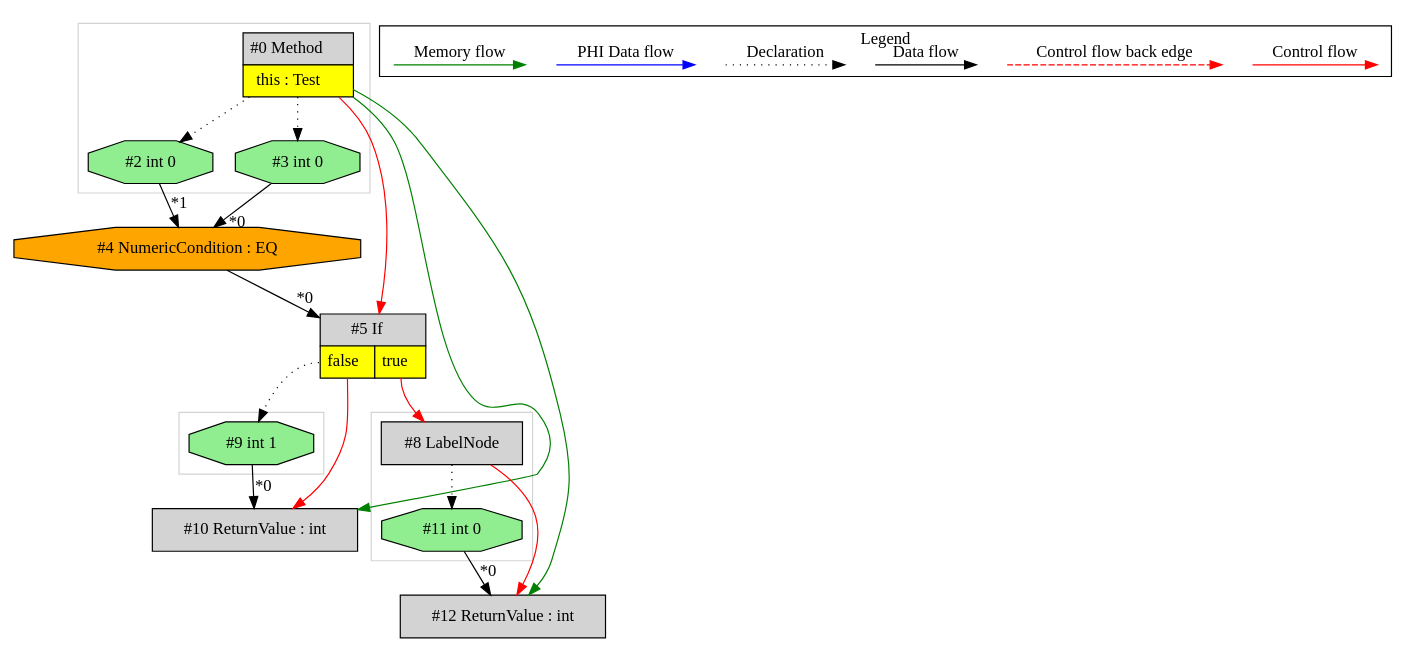
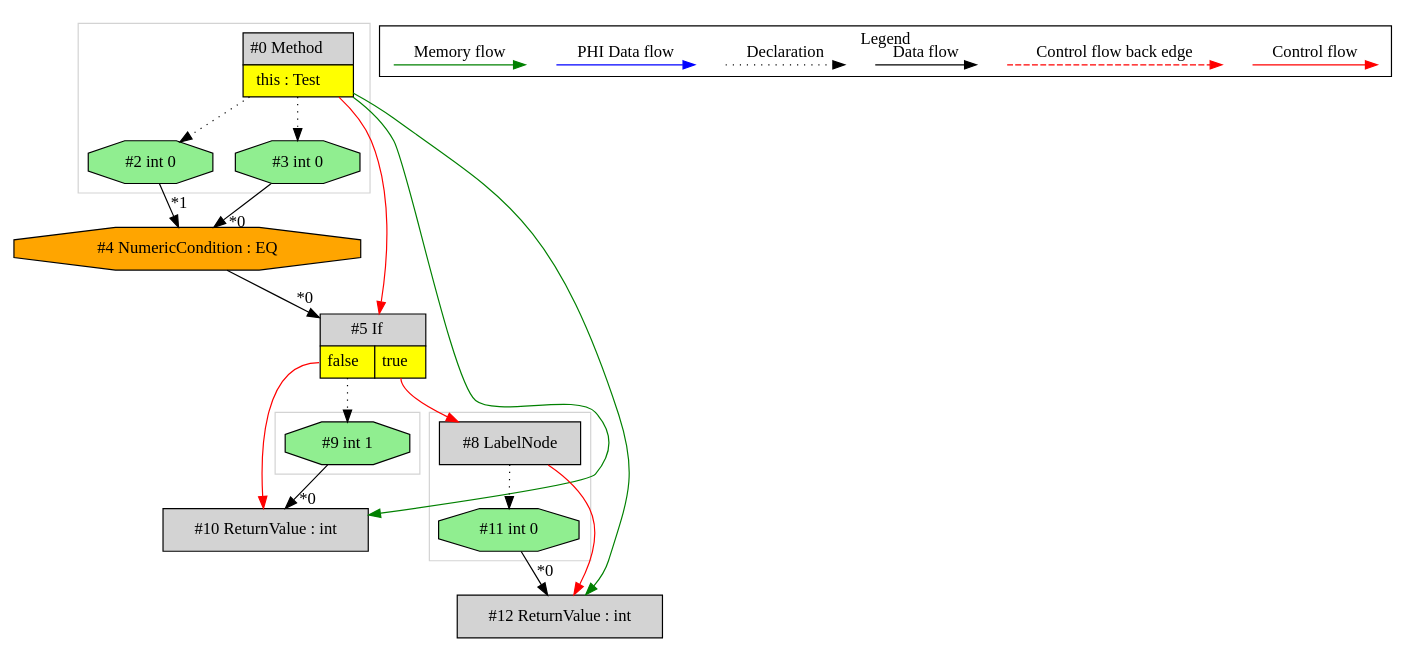
Before and after one commit to mirkosertic/MetaIR: the diagram in de.mirkosertic.metair.ir.OpcodeIFICMPEQTest/test_IF_ICMPEQ/ir.dot, drawn with Graphviz. The commit also changed other lines of this file and 1202 other files, not shown here.

```diff
--- a/de.mirkosertic.metair.ir.OpcodeIFICMPEQTest/test_IF_ICMPEQ/ir.dot
+++ b/de.mirkosertic.metair.ir.OpcodeIFICMPEQTest/test_IF_ICMPEQ/ir.dot
@@ -1,69 +1,69 @@
 digraph {
  ordering="in";
  node0[margin="0", label=<<table border="0" cellborder="1" cellspacing="0" cellpadding="5"><tr><td colspan="1">#0 Method</td></tr><tr><td port="prj1" bgcolor="yellow">this : Test</td></tr></table>>,shape=none, fillcolor=lightgrey, style=filled];
  node3[label="#3 int 0",shape=octagon, fillcolor=lightgreen, style=filled];
  node0 -> node3[style=dotted];
  node4[label="#4 NumericCondition : EQ",shape=octagon, fillcolor=orange, style=filled];
  node3 -> node4[headlabel="*0", labeldistance=2];
  node2 -> node4[headlabel="*1", labeldistance=2];
  node2[label="#2 int 0",shape=octagon, fillcolor=lightgreen, style=filled];
  node0 -> node2[style=dotted];
  node5[margin="0", label=<<table border="0" cellborder="1" cellspacing="0" cellpadding="5"><tr><td colspan="2">#5 If</td></tr><tr><td port="prj7" bgcolor="yellow">false</td><td port="prj6" bgcolor="yellow">true</td></tr></table>>,shape=none, fillcolor=lightgrey, style=filled];
  node4 -> node5[headlabel="*0", labeldistance=2];
  node0 -> node5[labeldistance=2, color=red, fontcolor=red];
+ node9[label="#9 int 1",shape=octagon, fillcolor=lightgreen, style=filled];
+ node5:prj7 -> node9[style=dotted];
  node10[label="#10 ReturnValue : int",shape=box, fillcolor=lightgrey, style=filled];
  node9 -> node10[headlabel="*0", labeldistance=2];
  node5:prj7 -> node10[labeldistance=2, color=red, fontcolor=red];
  node0 -> node10[labeldistance=2, color=green, constraint=false];
- node9[label="#9 int 1",shape=octagon, fillcolor=lightgreen, style=filled];
- node5:prj7 -> node9[style=dotted];
  node8[label="#8 LabelNode",shape=box, fillcolor=lightgrey, style=filled];
  node5:prj6 -> node8[labeldistance=2, color=red, fontcolor=red];
- node11[label="#11 int 0",shape=octagon, fillcolor=lightgreen, style=filled];
- node8 -> node11[style=dotted];
  node12[label="#12 ReturnValue : int",shape=box, fillcolor=lightgrey, style=filled];
  node11 -> node12[headlabel="*0", labeldistance=2];
  node8 -> node12[labeldistance=2, color=red, fontcolor=red];
  node0 -> node12[labeldistance=2, color=green, constraint=false];
+ node11[label="#11 int 0",shape=octagon, fillcolor=lightgreen, style=filled];
+ node8 -> node11[style=dotted];
  subgraph cluster_0 {
-  color=lightgray;
-  node8;
-  node11;
- }
- subgraph cluster_1 {
   color=lightgray;
   node0;
   node2;
   node3;
+ }
+ subgraph cluster_1 {
+  color=lightgray;
+  node8;
+  node11;
  }
  subgraph cluster_2 {
   color=lightgray;
   node9;
  }
  subgraph cluster_000 {
   label = "Legend";
   node [shape=point]
   {
    rank=same;
    c0 [style = invis];
    c1 [style = invis];
    c2 [style = invis];
    c3 [style = invis];
    d0 [style = invis];
    d1 [style = invis];
    d2 [style = invis];
    d3 [style = invis];
    d4 [style = invis];
    d5 [style = invis];
    d6 [style = invis];
    d7 [style = invis];
   }
   c0 -> c1 [label="Control flow", style=solid, color=red]
   c2 -> c3 [label="Control flow back edge", style=dashed, color=red]
   d0 -> d1 [label="Data flow"]
   d2 -> d3 [label="Declaration", style=dotted]
   d4 -> d5 [label="PHI Data flow", color=blue]
   d6 -> d7 [label="Memory flow", color=green]
  }
 
 }
```
